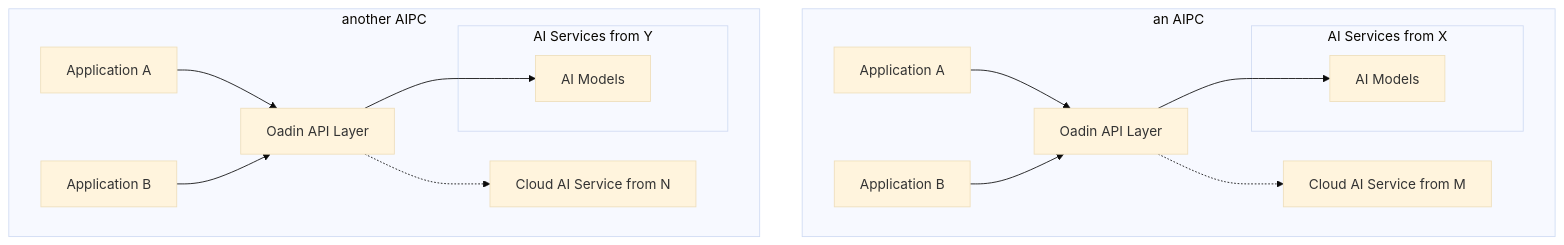
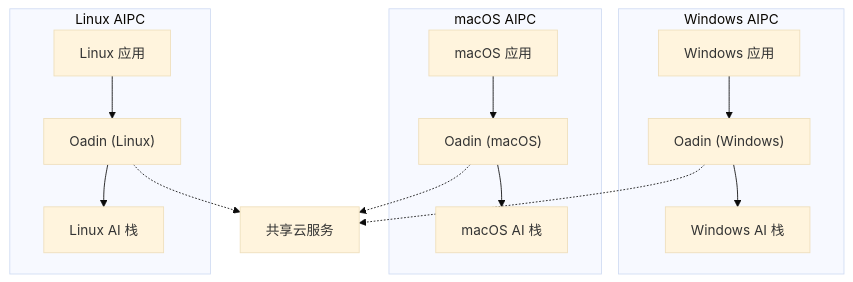
One commit to DigitalChinaOpenSource/oadin-docs changed the sixth of 6 diagrams in docs/architecture.md. Above: the diagram before and after it, drawn with Mermaid (base theme). The commit also changed other lines of this file and 5 other files, not shown here.

````diff
--- a/docs/architecture.md
+++ b/docs/architecture.md
@@ -78,30 +288,30 @@
 ```mermaid
-graph TD
-  subgraph "an AIPC"
-    AppA1["Application A"]
-    AppB1["Application B"]
-    Oadin1["Oadin API Layer"]
-    Models1["AI Models"]
-    subgraph ServiceX ["AI Services from X"]
-      Models1
+graph TB
+    subgraph "Windows AIPC"
+        WinApps["Windows 应用"]
+        WinOadin["Oadin (Windows)"]
+        WinStack["Windows AI 栈"]
+        WinApps --> WinOadin
+        WinOadin --> WinStack
     end
-    AppA1 --> Oadin1
-    AppB1 --> Oadin1
-    Oadin1 --> Models1
-    Oadin1 -.-> CloudM["Cloud AI Service from M"]
-  end
-
-  subgraph "another AIPC"
-    AppA2["Application A"]
-    AppB2["Application B"]
-    Oadin2["Oadin API Layer"]
-    Models2["AI Models"]
-    subgraph ServiceY ["AI Services from Y"]
-      Models2
+    
+    subgraph "macOS AIPC"
+        MacApps["macOS 应用"]
+        MacOadin["Oadin (macOS)"]
+        MacStack["macOS AI 栈"]
+        MacApps --> MacOadin
+        MacOadin --> MacStack
     end
-    AppA2 --> Oadin2
-    AppB2 --> Oadin2
-    Oadin2 --> Models2
-    Oadin2 -.-> CloudN["Cloud AI Service from N"]
-  end
+    
+    subgraph "Linux AIPC"
+        LinuxApps["Linux 应用"]
+        LinuxOadin["Oadin (Linux)"]
+        LinuxStack["Linux AI 栈"]
+        LinuxApps --> LinuxOadin
+        LinuxOadin --> LinuxStack
+    end
+    
+    WinOadin -.-> CloudServices["共享云服务"]
+    MacOadin -.-> CloudServices
+    LinuxOadin -.-> CloudServices
 ```
````
